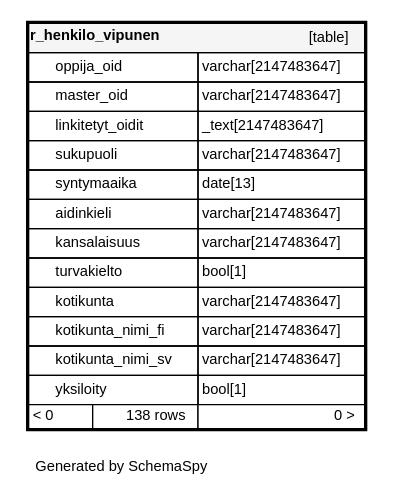
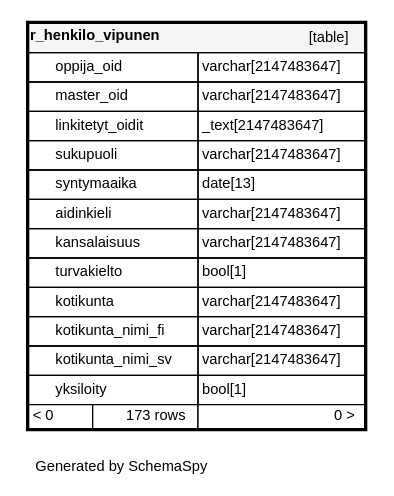
One commit to Opetushallitus/koski changed the diagram in documentation/tietokantaskeemat/koski-raportointikanta/diagrams/tables/r_henkilo_vipunen.1degree.dot. Above: the diagram before and after it, drawn with Graphviz. The commit also changed 169 other files, not shown here.

```diff
--- a/documentation/tietokantaskeemat/koski-raportointikanta/diagrams/tables/r_henkilo_vipunen.1degree.dot
+++ b/documentation/tietokantaskeemat/koski-raportointikanta/diagrams/tables/r_henkilo_vipunen.1degree.dot
@@ -1,25 +1,25 @@
 digraph "oneDegreeRelationshipsDiagram" {
   graph [    rankdir="RL"    bgcolor="#ffffff"    label="\nGenerated by SchemaSpy"    labeljust="l"    nodesep="0.18"    ranksep="0.46"    fontname="Helvetica"    fontsize="11"    ration="compress"  ];  node [    fontname="Helvetica"    fontsize="11"    shape="plaintext"  ];  edge [    arrowsize="0.8"  ];
   "r_henkilo_vipunen" [
    label=<
     <TABLE BORDER="2" CELLBORDER="1" CELLSPACING="0" BGCOLOR="#ffffff">
       <TR><TD COLSPAN="4"  BGCOLOR="#f5f5f5"><TABLE BORDER="0" CELLSPACING="0"><TR><TD ALIGN="LEFT" FIXEDSIZE="TRUE" WIDTH="106" HEIGHT="16"><B>r_henkilo_vipunen</B></TD><TD ALIGN="RIGHT">[table]</TD></TR></TABLE></TD></TR>
       <TR><TD PORT="oppija_oid" COLSPAN="2" ALIGN="LEFT"><TABLE BORDER="0" CELLSPACING="0" ALIGN="LEFT"><TR ALIGN="LEFT"><TD ALIGN="LEFT" FIXEDSIZE="TRUE" WIDTH="15" HEIGHT="16"></TD><TD ALIGN="LEFT" FIXEDSIZE="TRUE" WIDTH="106" HEIGHT="16">oppija_oid</TD></TR></TABLE></TD><TD PORT="oppija_oid.type" ALIGN="LEFT">varchar[2147483647]</TD></TR>
       <TR><TD PORT="master_oid" COLSPAN="2" ALIGN="LEFT"><TABLE BORDER="0" CELLSPACING="0" ALIGN="LEFT"><TR ALIGN="LEFT"><TD ALIGN="LEFT" FIXEDSIZE="TRUE" WIDTH="15" HEIGHT="16"></TD><TD ALIGN="LEFT" FIXEDSIZE="TRUE" WIDTH="106" HEIGHT="16">master_oid</TD></TR></TABLE></TD><TD PORT="master_oid.type" ALIGN="LEFT">varchar[2147483647]</TD></TR>
       <TR><TD PORT="linkitetyt_oidit" COLSPAN="2" ALIGN="LEFT"><TABLE BORDER="0" CELLSPACING="0" ALIGN="LEFT"><TR ALIGN="LEFT"><TD ALIGN="LEFT" FIXEDSIZE="TRUE" WIDTH="15" HEIGHT="16"></TD><TD ALIGN="LEFT" FIXEDSIZE="TRUE" WIDTH="106" HEIGHT="16">linkitetyt_oidit</TD></TR></TABLE></TD><TD PORT="linkitetyt_oidit.type" ALIGN="LEFT">_text[2147483647]</TD></TR>
       <TR><TD PORT="sukupuoli" COLSPAN="2" ALIGN="LEFT"><TABLE BORDER="0" CELLSPACING="0" ALIGN="LEFT"><TR ALIGN="LEFT"><TD ALIGN="LEFT" FIXEDSIZE="TRUE" WIDTH="15" HEIGHT="16"></TD><TD ALIGN="LEFT" FIXEDSIZE="TRUE" WIDTH="106" HEIGHT="16">sukupuoli</TD></TR></TABLE></TD><TD PORT="sukupuoli.type" ALIGN="LEFT">varchar[2147483647]</TD></TR>
       <TR><TD PORT="syntymaaika" COLSPAN="2" ALIGN="LEFT"><TABLE BORDER="0" CELLSPACING="0" ALIGN="LEFT"><TR ALIGN="LEFT"><TD ALIGN="LEFT" FIXEDSIZE="TRUE" WIDTH="15" HEIGHT="16"></TD><TD ALIGN="LEFT" FIXEDSIZE="TRUE" WIDTH="106" HEIGHT="16">syntymaaika</TD></TR></TABLE></TD><TD PORT="syntymaaika.type" ALIGN="LEFT">date[13]</TD></TR>
       <TR><TD PORT="aidinkieli" COLSPAN="2" ALIGN="LEFT"><TABLE BORDER="0" CELLSPACING="0" ALIGN="LEFT"><TR ALIGN="LEFT"><TD ALIGN="LEFT" FIXEDSIZE="TRUE" WIDTH="15" HEIGHT="16"></TD><TD ALIGN="LEFT" FIXEDSIZE="TRUE" WIDTH="106" HEIGHT="16">aidinkieli</TD></TR></TABLE></TD><TD PORT="aidinkieli.type" ALIGN="LEFT">varchar[2147483647]</TD></TR>
       <TR><TD PORT="kansalaisuus" COLSPAN="2" ALIGN="LEFT"><TABLE BORDER="0" CELLSPACING="0" ALIGN="LEFT"><TR ALIGN="LEFT"><TD ALIGN="LEFT" FIXEDSIZE="TRUE" WIDTH="15" HEIGHT="16"></TD><TD ALIGN="LEFT" FIXEDSIZE="TRUE" WIDTH="106" HEIGHT="16">kansalaisuus</TD></TR></TABLE></TD><TD PORT="kansalaisuus.type" ALIGN="LEFT">varchar[2147483647]</TD></TR>
       <TR><TD PORT="turvakielto" COLSPAN="2" ALIGN="LEFT"><TABLE BORDER="0" CELLSPACING="0" ALIGN="LEFT"><TR ALIGN="LEFT"><TD ALIGN="LEFT" FIXEDSIZE="TRUE" WIDTH="15" HEIGHT="16"></TD><TD ALIGN="LEFT" FIXEDSIZE="TRUE" WIDTH="106" HEIGHT="16">turvakielto</TD></TR></TABLE></TD><TD PORT="turvakielto.type" ALIGN="LEFT">bool[1]</TD></TR>
       <TR><TD PORT="kotikunta" COLSPAN="2" ALIGN="LEFT"><TABLE BORDER="0" CELLSPACING="0" ALIGN="LEFT"><TR ALIGN="LEFT"><TD ALIGN="LEFT" FIXEDSIZE="TRUE" WIDTH="15" HEIGHT="16"></TD><TD ALIGN="LEFT" FIXEDSIZE="TRUE" WIDTH="106" HEIGHT="16">kotikunta</TD></TR></TABLE></TD><TD PORT="kotikunta.type" ALIGN="LEFT">varchar[2147483647]</TD></TR>
       <TR><TD PORT="kotikunta_nimi_fi" COLSPAN="2" ALIGN="LEFT"><TABLE BORDER="0" CELLSPACING="0" ALIGN="LEFT"><TR ALIGN="LEFT"><TD ALIGN="LEFT" FIXEDSIZE="TRUE" WIDTH="15" HEIGHT="16"></TD><TD ALIGN="LEFT" FIXEDSIZE="TRUE" WIDTH="106" HEIGHT="16">kotikunta_nimi_fi</TD></TR></TABLE></TD><TD PORT="kotikunta_nimi_fi.type" ALIGN="LEFT">varchar[2147483647]</TD></TR>
       <TR><TD PORT="kotikunta_nimi_sv" COLSPAN="2" ALIGN="LEFT"><TABLE BORDER="0" CELLSPACING="0" ALIGN="LEFT"><TR ALIGN="LEFT"><TD ALIGN="LEFT" FIXEDSIZE="TRUE" WIDTH="15" HEIGHT="16"></TD><TD ALIGN="LEFT" FIXEDSIZE="TRUE" WIDTH="106" HEIGHT="16">kotikunta_nimi_sv</TD></TR></TABLE></TD><TD PORT="kotikunta_nimi_sv.type" ALIGN="LEFT">varchar[2147483647]</TD></TR>
       <TR><TD PORT="yksiloity" COLSPAN="2" ALIGN="LEFT"><TABLE BORDER="0" CELLSPACING="0" ALIGN="LEFT"><TR ALIGN="LEFT"><TD ALIGN="LEFT" FIXEDSIZE="TRUE" WIDTH="15" HEIGHT="16"></TD><TD ALIGN="LEFT" FIXEDSIZE="TRUE" WIDTH="106" HEIGHT="16">yksiloity</TD></TR></TABLE></TD><TD PORT="yksiloity.type" ALIGN="LEFT">bool[1]</TD></TR>
-      <TR><TD ALIGN="LEFT" BGCOLOR="#ffffff">&lt; 0</TD><TD ALIGN="RIGHT" BGCOLOR="#ffffff">138 rows</TD><TD ALIGN="RIGHT" BGCOLOR="#ffffff">0 &gt;</TD></TR>
+      <TR><TD ALIGN="LEFT" BGCOLOR="#ffffff">&lt; 0</TD><TD ALIGN="RIGHT" BGCOLOR="#ffffff">173 rows</TD><TD ALIGN="RIGHT" BGCOLOR="#ffffff">0 &gt;</TD></TR>
     </TABLE>>
     URL="../../tables/r_henkilo_vipunen.html"
     target="_top"
     tooltip="r_henkilo_vipunen"
   ];
 }
```
